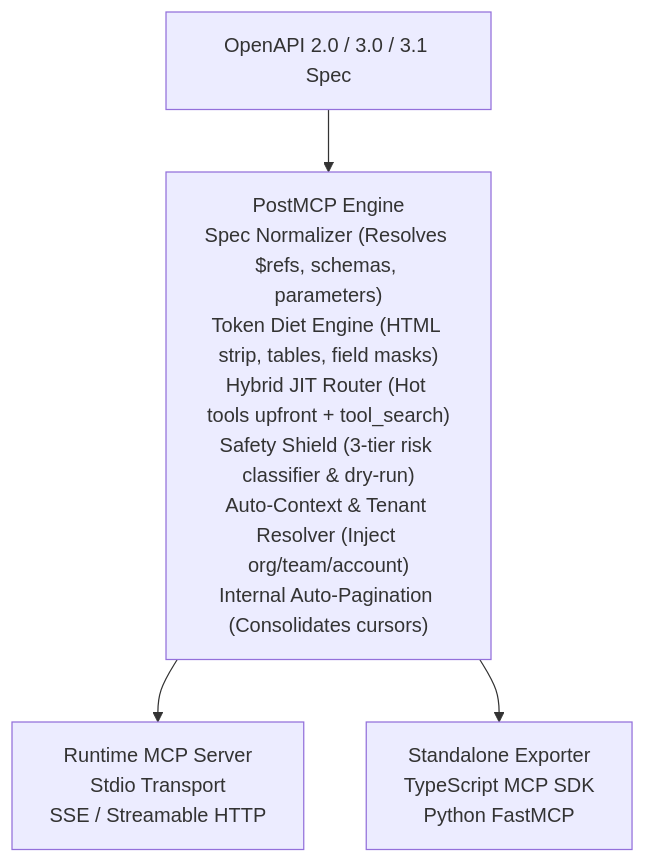
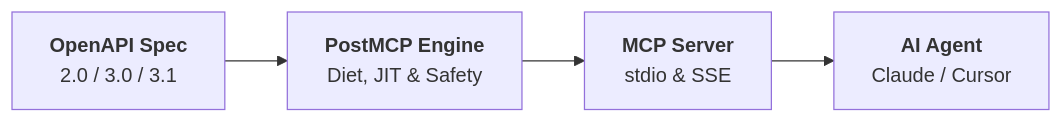
One commit to BraveRam/postmcp changed the diagram in packages/studio/content/docs/index.mdx. Above: the diagram before and after it, drawn with Mermaid. The commit also changed 14 other files, not shown here.

Commit message:
docs(mermaid): standardize documentation diagrams to compact horizontal flowchart layout (v0.1.24)

````diff
--- a/packages/studio/content/docs/index.mdx
+++ b/packages/studio/content/docs/index.mdx
@@ -12,6 +12,7 @@
 ```mermaid
-graph TD
-  Spec["OpenAPI 2.0 / 3.0 / 3.1 Spec"] --> Engine["PostMCP Engine<br/>Spec Normalizer (Resolves $refs, schemas, parameters)<br/>Token Diet Engine (HTML strip, tables, field masks)<br/>Hybrid JIT Router (Hot tools upfront + tool_search)<br/>Safety Shield (3-tier risk classifier & dry-run)<br/>Auto-Context & Tenant Resolver (Inject org/team/account)<br/>Internal Auto-Pagination (Consolidates cursors)"]
-  Engine --> Runtime["Runtime MCP Server<br/>Stdio Transport<br/>SSE / Streamable HTTP"]
-  Engine --> Exporter["Standalone Exporter<br/>TypeScript MCP SDK<br/>Python FastMCP"]
+flowchart LR
+  Spec["<b>OpenAPI Spec</b><br/>2.0 / 3.0 / 3.1"]
+  --> Engine["<b>PostMCP Engine</b><br/>Diet, JIT & Safety"]
+  --> Server["<b>MCP Server</b><br/>stdio & SSE"]
+  --> Agent["<b>AI Agent</b><br/>Claude / Cursor"]
 ```
````
